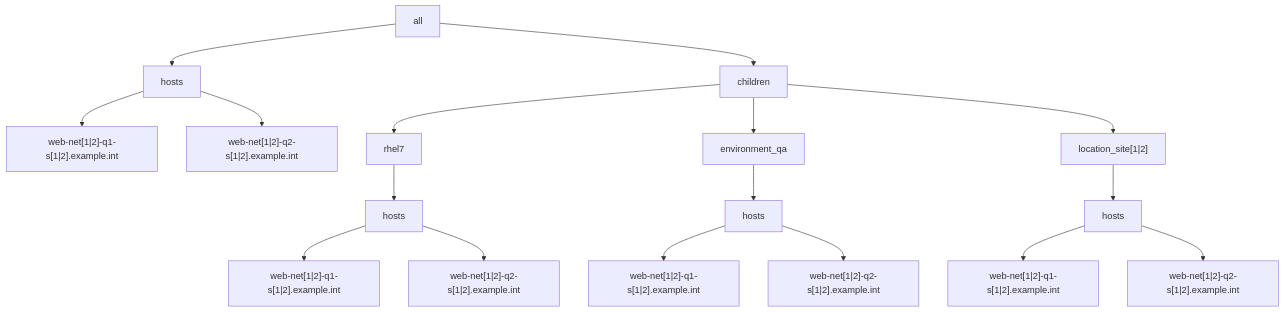
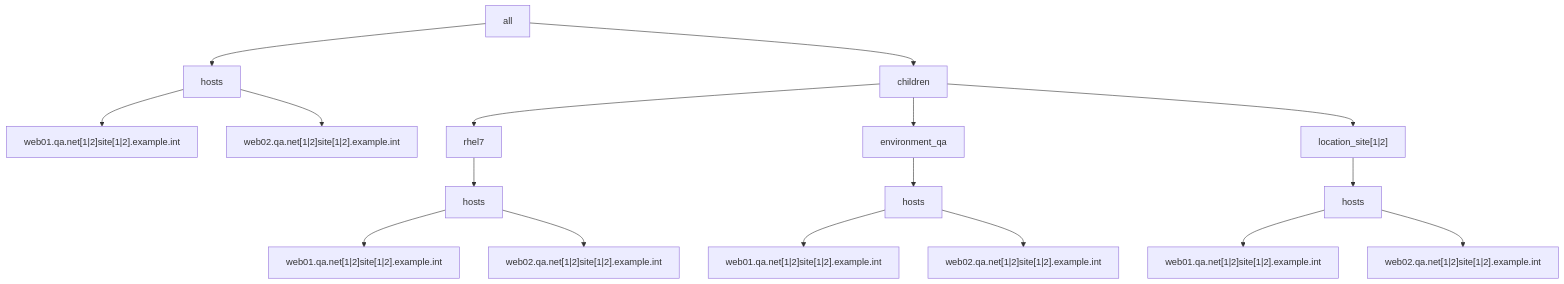
Before and after one commit to lj020326/ansible-datacenter: the second of 2 diagrams in docs/ansible/ansible-multiple-yaml-inventories/example1/README.md, drawn with Mermaid. The commit also changed other lines of this file and 31 other files, not shown here.

````diff
--- a/docs/ansible/ansible-multiple-yaml-inventories/example1/README.md
+++ b/docs/ansible/ansible-multiple-yaml-inventories/example1/README.md
@@ -33,19 +33,19 @@
 ```mermaid
 graph TD;
     A[all] --> C[hosts]
     A[all] --> D[children]
-    C --> I["web-net[1|2]-q1-s[1|2].example.int"]
-    C --> J["web-net[1|2]-q2-s[1|2].example.int"]
+    C --> I["web01.qa.net[1|2]site[1|2].example.int"]
+    C --> J["web02.qa.net[1|2]site[1|2].example.int"]
     D --> E[rhel7]
     D --> F[environment_qa]
     D --> G["location_site[1|2]"]
     E --> K[hosts]
-    K --> L["web-net[1|2]-q1-s[1|2].example.int"]
-    K --> M["web-net[1|2]-q2-s[1|2].example.int"]
+    K --> L["web01.qa.net[1|2]site[1|2].example.int"]
+    K --> M["web02.qa.net[1|2]site[1|2].example.int"]
     F --> N[hosts]
-    N --> O["web-net[1|2]-q1-s[1|2].example.int"]
-    N --> P["web-net[1|2]-q2-s[1|2].example.int"]
+    N --> O["web01.qa.net[1|2]site[1|2].example.int"]
+    N --> P["web02.qa.net[1|2]site[1|2].example.int"]
     G --> Q[hosts]
-    Q --> R["web-net[1|2]-q1-s[1|2].example.int"]
-    Q --> S["web-net[1|2]-q2-s[1|2].example.int"]
+    Q --> R["web01.qa.net[1|2]site[1|2].example.int"]
+    Q --> S["web02.qa.net[1|2]site[1|2].example.int"]
 ```
````
